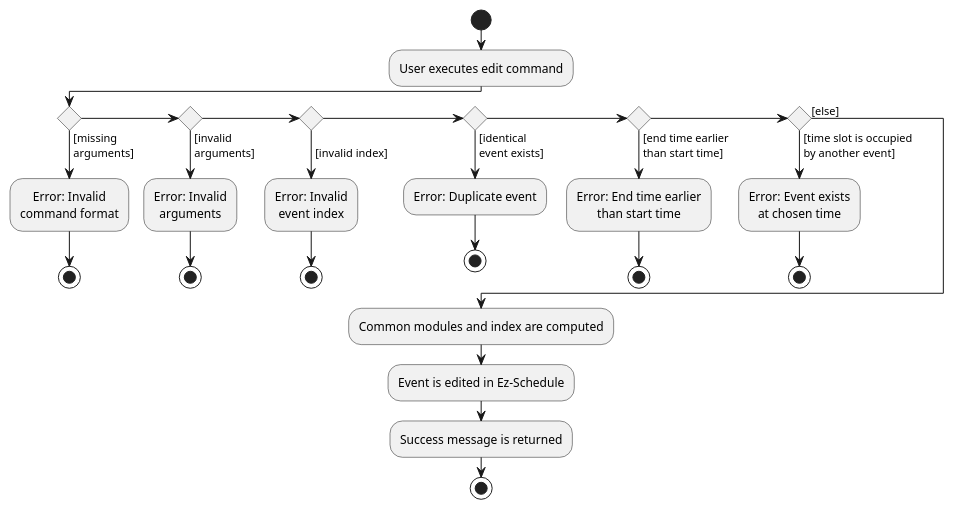
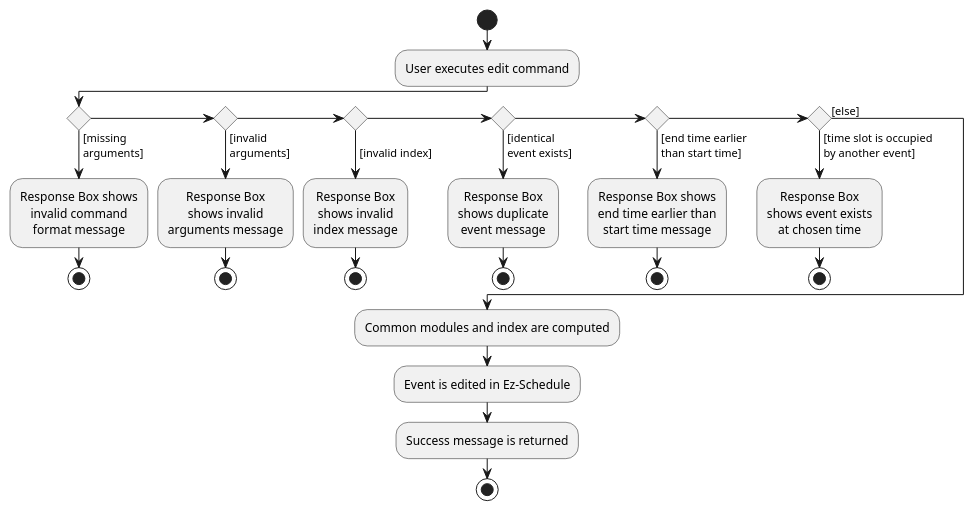
The diagram in docs/diagrams/EditCommandActivityDiagram.puml (nus-cs2103-AY2223S2/tp), drawn with PlantUML before and after one commit. The commit also changed 6 other files, not shown here.

Commit message:
Update Activtiy Diagram

```diff
--- a/docs/diagrams/EditCommandActivityDiagram.puml
+++ b/docs/diagrams/EditCommandActivityDiagram.puml
@@ -1,44 +1,51 @@
 @startuml
 skinparam defaultTextAlignment center
 start
 :User executes edit command;
 
 'Since the beta syntax does not support placing the condition outside the
 'diamond we place it as the true branch instead.
 
 if () then ([missing
 arguments])
-    :Error: Invalid
-    command format;
+    :Response Box shows
+    invalid command
+    format message;
 stop
 else if () then ([invalid
 arguments])
-    :Error: Invalid
-    arguments;
+    :Response Box
+    shows invalid
+    arguments message;
 stop
 else if () then (
 [invalid index])
-    :Error: Invalid
-    event index;
+    :Response Box
+    shows invalid
+    index message;
 stop
 else if () then ([identical
 event exists])
-    :Error: Duplicate event;
+    :Response Box
+    shows duplicate
+    event message;
 stop
 else if () then ([end time earlier
 than start time])
-    :Error: End time earlier
-    than start time;
+    :Response Box shows
+    end time earlier than
+    start time message;
 stop
 else if () then ([time slot is occupied
 by another event])
-    :Error: Event exists
+    :Response Box
+    shows event exists
     at chosen time;
 stop
 else ([else])
 endif
     :Common modules and index are computed;
     :Event is edited in Ez-Schedule;
     :Success message is returned;
 stop
 @enduml
```
